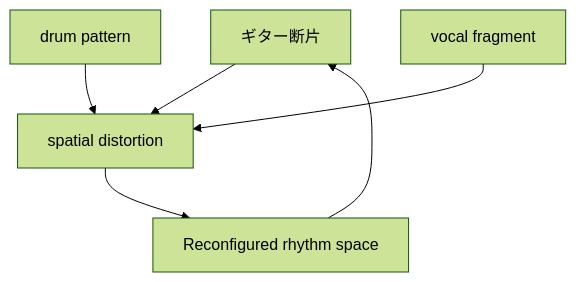
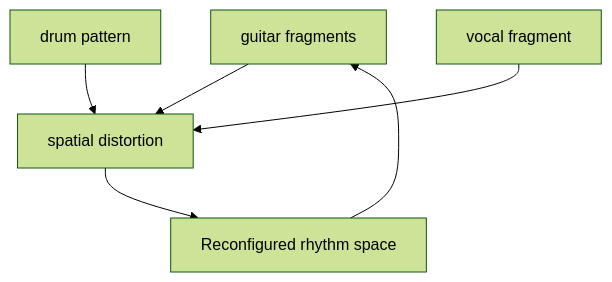
The second of 4 diagrams in en/_posts/2026-06-13-column-yhwh-nailgun.md (monumental-movement/monumental-movement.github.io), drawn with Mermaid (forest theme) before and after one commit. The commit also changed other lines of this file and 851 other files, not shown here.

```diff
--- a/en/_posts/2026-06-13-column-yhwh-nailgun.md
+++ b/en/_posts/2026-06-13-column-yhwh-nailgun.md
@@ -85,8 +85,8 @@
 <div class="mermaid">
 flowchart TD
-G[ギター断片] --> S[spatial distortion]
+G[guitar fragments] --> S[spatial distortion]
 D[drum pattern] --> S
 V[vocal fragment] --> S
 S --> R[Reconfigured rhythm space]
 R --> G
 </div>
```
